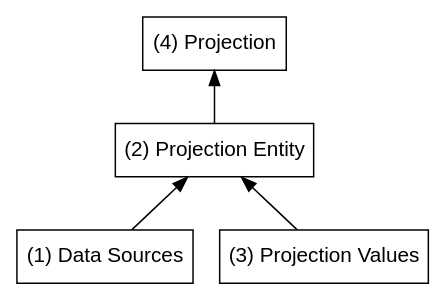
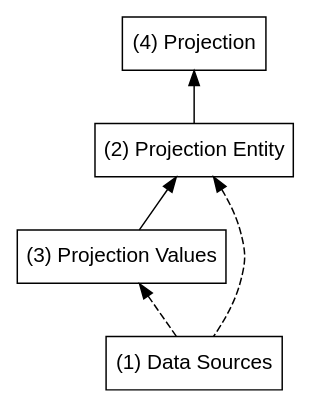
The diagram in docs/source/tutorial_pt2.rst (chingdaotze/actuarial-model), drawn with Graphviz before and after one commit. The commit also changed other lines of this file and 3 other files, not shown here.

```diff
--- a/docs/source/tutorial_pt2.rst
+++ b/docs/source/tutorial_pt2.rst
@@ -67,10 +67,11 @@
 .. graphviz::
 
     digraph {
         edge [dir="back"];
         node [fontname="Arial", shape="Box"];
 
         "(4) Projection" -> "(2) Projection Entity";
-        "(2) Projection Entity" -> "(1) Data Sources";
+        "(3) Projection Values" -> "(1) Data Sources" [style=dashed];
+        "(2) Projection Entity" -> "(1) Data Sources" [style=dashed];
         "(2) Projection Entity" -> "(3) Projection Values";
     }
```
